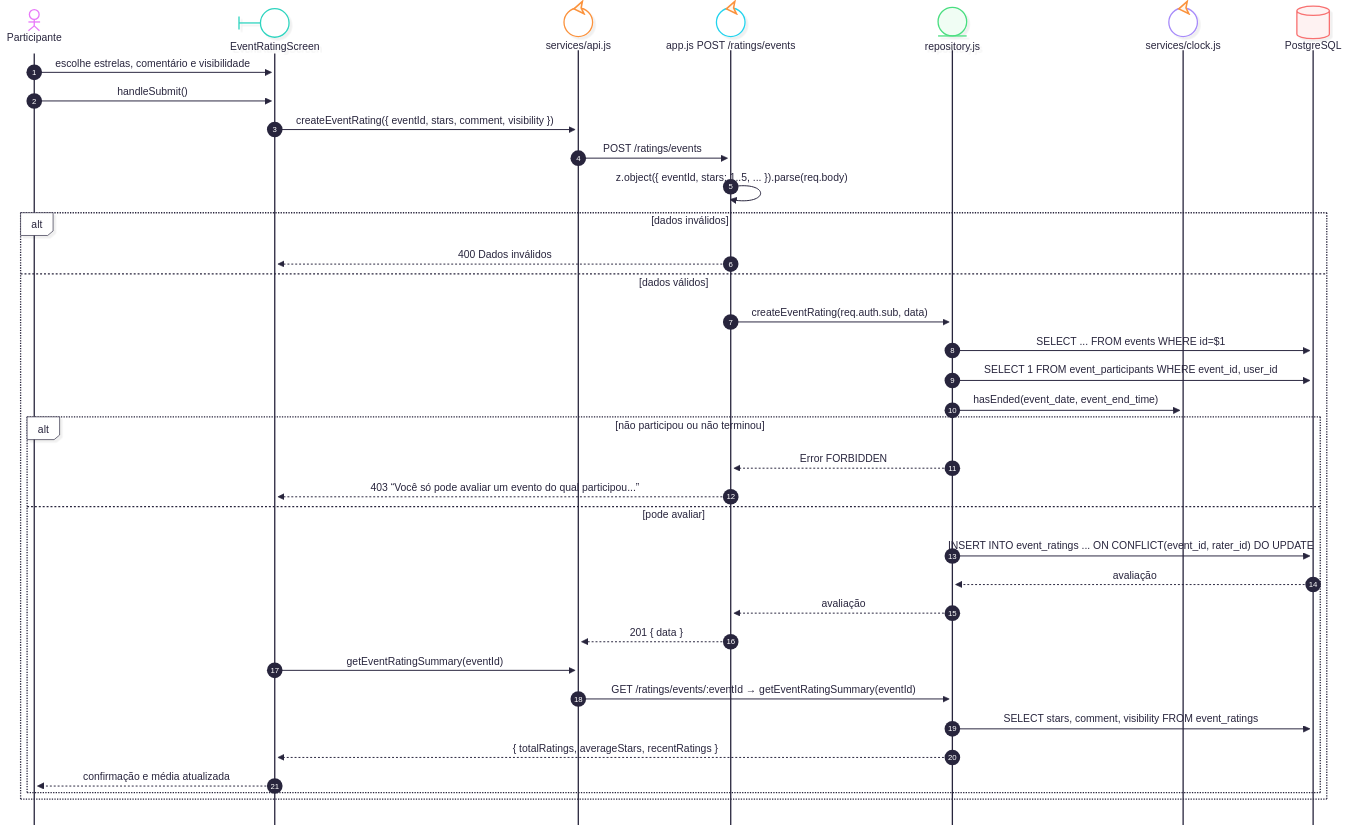
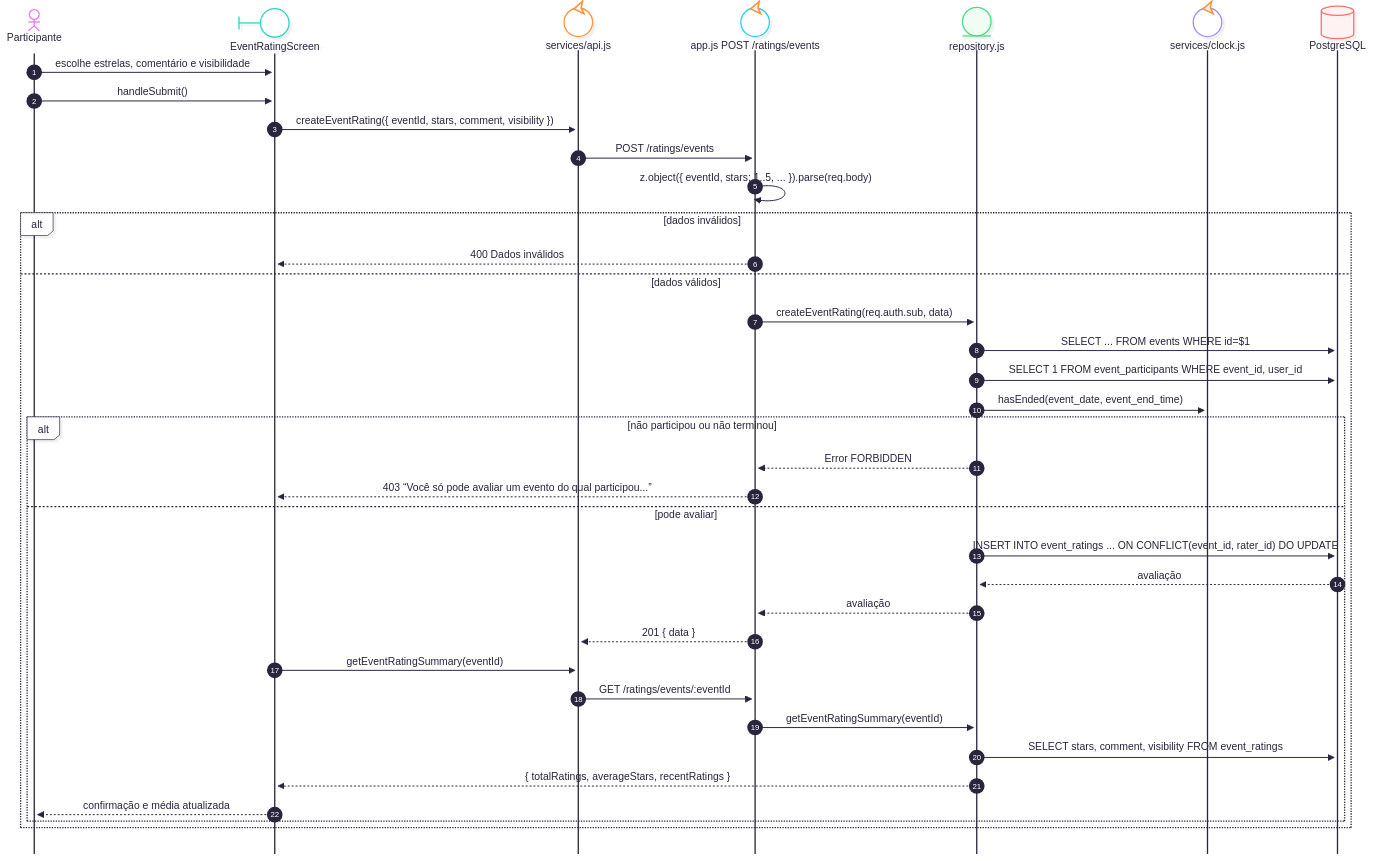
One commit to Meets-Project/Meets_LES changed the diagram in Documentação/Documentos Meets/diagramas_LES/apresentacao/fontes/sequencia-005-avaliar-evento.mmd. Above: the diagram before and after it, drawn with Mermaid. The commit also changed 68 other files, not shown here.

```diff
--- a/Documentação/Documentos Meets/diagramas_LES/apresentacao/fontes/sequencia-005-avaliar-evento.mmd
+++ b/Documentação/Documentos Meets/diagramas_LES/apresentacao/fontes/sequencia-005-avaliar-evento.mmd
@@ -1,50 +1,51 @@
 ---
 config:
   look: neo
   theme: redux-color
   themeVariables:
     fontSize: 18px
   sequence:
     showSequenceNumbers: true
     wrap: false
     messageFontSize: 17
     noteFontSize: 16
     actorFontSize: 18
     mirrorActors: false
 ---
 sequenceDiagram
   autonumber
   actor U as Participante
   participant T@{ "type": "boundary" } as EventRatingScreen
   participant S@{ "type": "control" } as services/api.js
   participant A@{ "type": "control" } as app.js POST /ratings/events
   participant R@{ "type": "entity" } as repository.js
   participant C@{ "type": "control" } as services/clock.js
   participant D@{ "type": "database" } as PostgreSQL
   U->>T: escolhe estrelas, comentário e visibilidade
   U->>T: handleSubmit()
   T->>S: createEventRating({ eventId, stars, comment, visibility })
   S->>A: POST /ratings/events
   A->>A: z.object({ eventId, stars: 1..5, ... }).parse(req.body)
   alt dados inválidos
     A-->>T: 400 Dados inválidos
   else dados válidos
     A->>R: createEventRating(req.auth.sub, data)
     R->>D: SELECT ... FROM events WHERE id=$1
     R->>D: SELECT 1 FROM event_participants WHERE event_id, user_id
     R->>C: hasEnded(event_date, event_end_time)
     alt não participou ou não terminou
       R-->>A: Error FORBIDDEN
       A-->>T: 403 “Você só pode avaliar um evento do qual participou...”
     else pode avaliar
       R->>D: INSERT INTO event_ratings ... ON CONFLICT(event_id, rater_id) DO UPDATE
       D-->>R: avaliação
       R-->>A: avaliação
       A-->>S: 201 { data }
       T->>S: getEventRatingSummary(eventId)
-      S->>R: GET /ratings/events/:eventId → getEventRatingSummary(eventId)
+      S->>A: GET /ratings/events/:eventId
+      A->>R: getEventRatingSummary(eventId)
       R->>D: SELECT stars, comment, visibility FROM event_ratings
       R-->>T: { totalRatings, averageStars, recentRatings }
       T-->>U: confirmação e média atualizada
     end
   end
```
